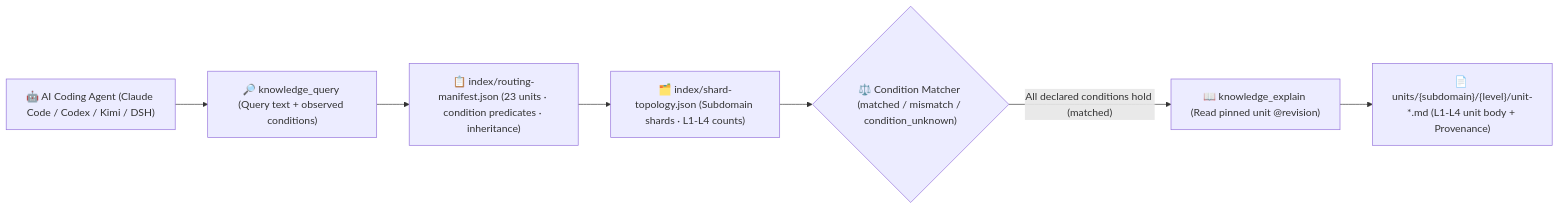
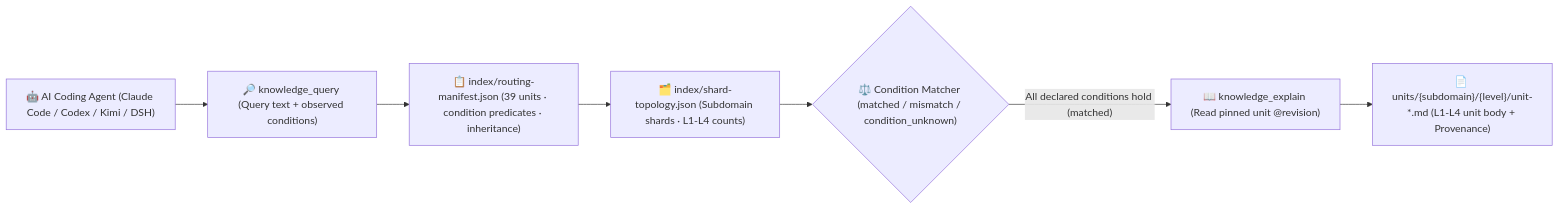
The diagram in README.en.md (mindie-agent/knowledge-infer-observability), drawn with Mermaid before and after one commit. The commit also changed other lines of this file and 6 other files, not shown here.

````diff
--- a/README.en.md
+++ b/README.en.md
@@ -99,13 +99,13 @@
 ```mermaid
 flowchart LR
   Agent["🤖 AI Coding Agent (Claude Code / Codex / Kimi / DSH)"]
   Query["🔎 knowledge_query (Query text + observed conditions)"]
-  Manifest["📋 index/routing-manifest.json (23 units · condition predicates · inheritance)"]
+  Manifest["📋 index/routing-manifest.json (39 units · condition predicates · inheritance)"]
   Topology["🗂️ index/shard-topology.json (Subdomain shards · L1-L4 counts)"]
   Match{"⚖️ Condition Matcher (matched / mismatch / condition_unknown)"}
   Explain["📖 knowledge_explain (Read pinned unit @revision)"]
   Units["📄 units/{subdomain}/{level}/unit-*.md (L1-L4 unit body + Provenance)"]
 
   Agent --> Query --> Manifest --> Topology --> Match
   Match -- "All declared conditions hold (matched)" --> Explain --> Units
 ```
````
